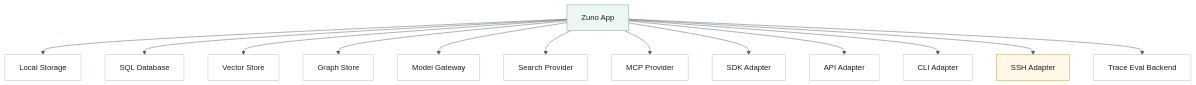
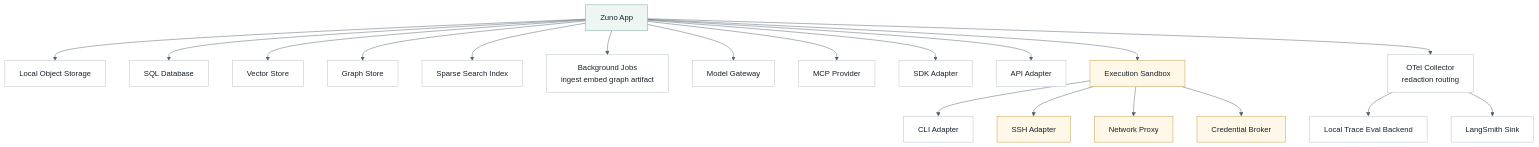
Before and after one commit to ProfessorZhi/Zuno: the eighth of 10 diagrams in .agent/architecture/architecture.md, drawn with Mermaid. The commit also changed other lines of this file and 18 other files, not shown here.

Commit message:
docs: absorb latest architecture research blueprint

````diff
--- a/.agent/architecture/architecture.md
+++ b/.agent/architecture/architecture.md
@@ -743,34 +819,45 @@
 ```mermaid
 %%{init: {"theme": "base", "themeVariables": {"background": "#f7f8fb", "lineColor": "#52616f"}}}%%
 flowchart TB
   classDef node fill:#ffffff,stroke:#b8c2cc,stroke-width:1px,color:#16202a;
   classDef accent fill:#eef6f3,stroke:#7aa59a,stroke-width:1px,color:#16202a;
   classDef guard fill:#fff8e8,stroke:#c59b43,stroke-width:1px,color:#16202a;
 
   APP["Zuno App"]:::accent
-  STORE["Local Storage"]
+  STORE["Local Object Storage"]
   SQL["SQL Database"]
   VDB["Vector Store"]
   GDB["Graph Store"]
+  SEARCH["Sparse Search Index"]
+  JOBS["Background Jobs<br/>ingest embed graph artifact"]
   MODEL["Model Gateway"]
-  SEARCH["Search Provider"]
   MCP["MCP Provider"]
   SDK["SDK Adapter"]
   APIAD["API Adapter"]
   CLI["CLI Adapter"]
   SSH["SSH Adapter"]:::guard
-  TRACE["Trace Eval Backend"]
+  SANDBOX["Execution Sandbox"]:::guard
+  NET["Network Proxy"]:::guard
+  CREDS["Credential Broker"]:::guard
+  OTEL["OTel Collector<br/>redaction routing"]
+  TRACE["Local Trace Eval Backend"]
+  LS["LangSmith Sink"]
   APP --> STORE
   APP --> SQL
   APP --> VDB
   APP --> GDB
+  APP --> SEARCH
+  APP --> JOBS
   APP --> MODEL
-  APP --> SEARCH
   APP --> MCP
   APP --> SDK
   APP --> APIAD
-  APP --> CLI
-  APP --> SSH
-  APP --> TRACE
-  class STORE,SQL,VDB,GDB,MODEL,SEARCH,MCP,SDK,APIAD,CLI,TRACE node;
+  APP --> SANDBOX
+  SANDBOX --> CLI
+  SANDBOX --> SSH
+  SANDBOX --> NET
+  SANDBOX --> CREDS
+  APP --> OTEL --> TRACE
+  OTEL --> LS
+  class STORE,SQL,VDB,GDB,SEARCH,JOBS,MODEL,MCP,SDK,APIAD,CLI,TRACE,LS node;
 ```
````
